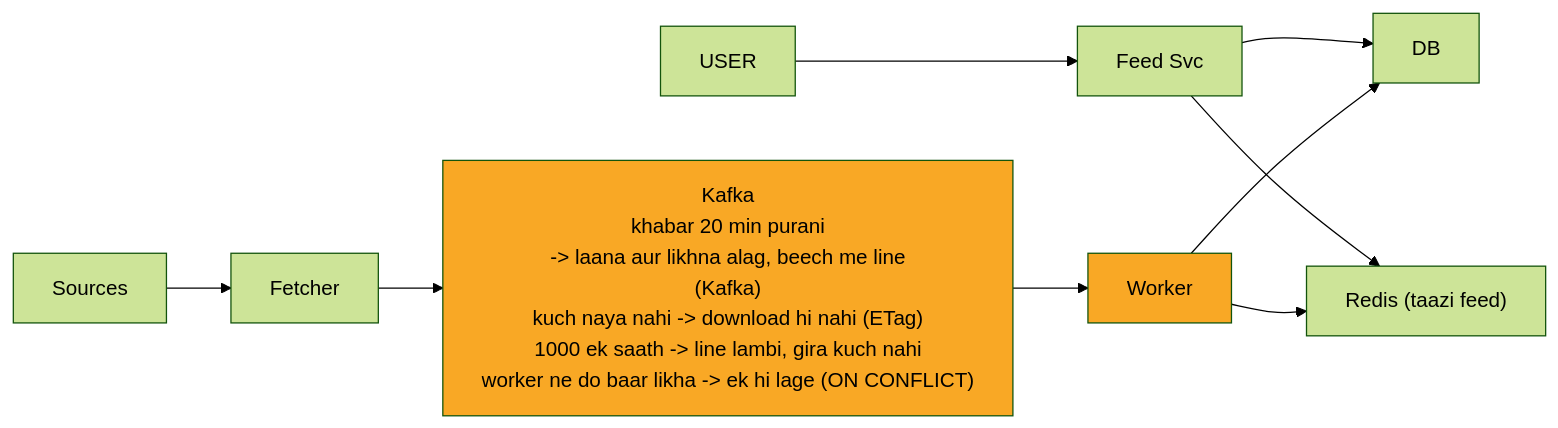
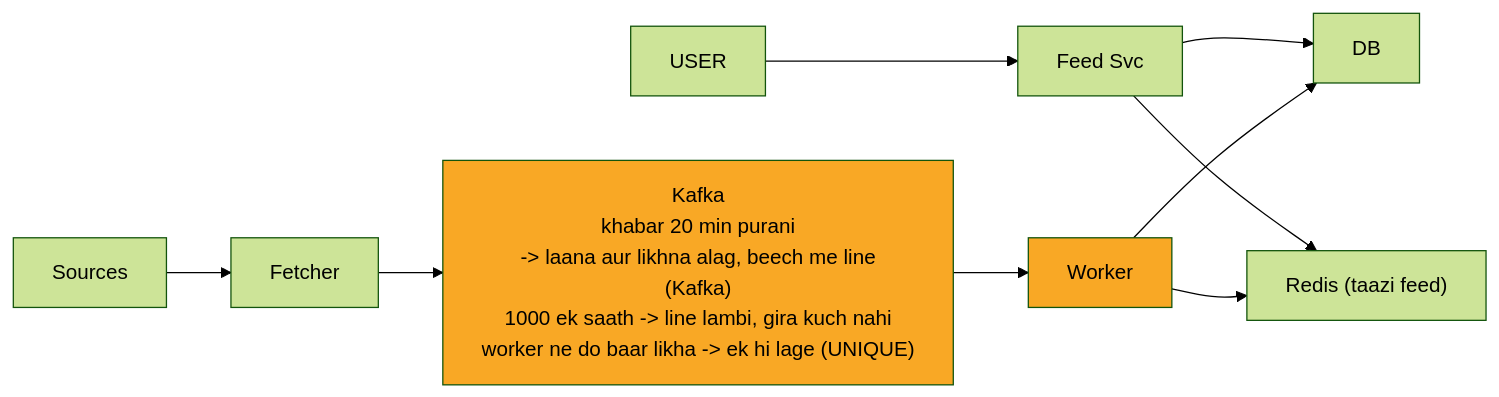
Before and after one commit to ArpanMaheshwari144/Prep: the third of 11 diagrams in 04_HLD/SYSTEM_DESIGNS/08_news_aggregator/08_news_aggregator_INTERVIEW.md, drawn with Mermaid (forest theme). The commit also changed other lines of this file and 13 other files, not shown here.

````diff
--- a/04_HLD/SYSTEM_DESIGNS/08_news_aggregator/08_news_aggregator_INTERVIEW.md
+++ b/04_HLD/SYSTEM_DESIGNS/08_news_aggregator/08_news_aggregator_INTERVIEW.md
@@ -118,22 +118,22 @@
 ```mermaid
 %%{init: {"flowchart": {"wrappingWidth": 450}}}%%
 flowchart LR
     n_USER["USER"]
     n_Feed_Svc["Feed Svc"]
     n_Redis["Redis (taazi feed)"]
     n_DB["DB"]
     n_Worker["Worker"]
-    n_Kafka["Kafka<br/>khabar 20 min purani<br/>-> laana aur likhna alag, beech me line<br/>(Kafka)<br/>kuch naya nahi -> download hi nahi (ETag)<br/>1000 ek saath -> line lambi, gira kuch nahi<br/>worker ne do baar likha -> ek hi lage (ON CONFLICT)"]
+    n_Kafka["Kafka<br/>khabar 20 min purani<br/>-> laana aur likhna alag, beech me line<br/>(Kafka)<br/>1000 ek saath -> line lambi, gira kuch nahi<br/>worker ne do baar likha -> ek hi lage (UNIQUE)"]
     n_Fetcher["Fetcher"]
     n_Sources["Sources"]
     n_USER --> n_Feed_Svc
     n_Feed_Svc --> n_Redis
     n_Feed_Svc --> n_DB
     n_Worker --> n_DB
     n_Worker --> n_Redis
     n_Kafka --> n_Worker
     n_Fetcher --> n_Kafka
     n_Sources --> n_Fetcher
     style n_Kafka fill:#f9a825,color:#000
     style n_Worker fill:#f9a825,color:#000
 ```
````
